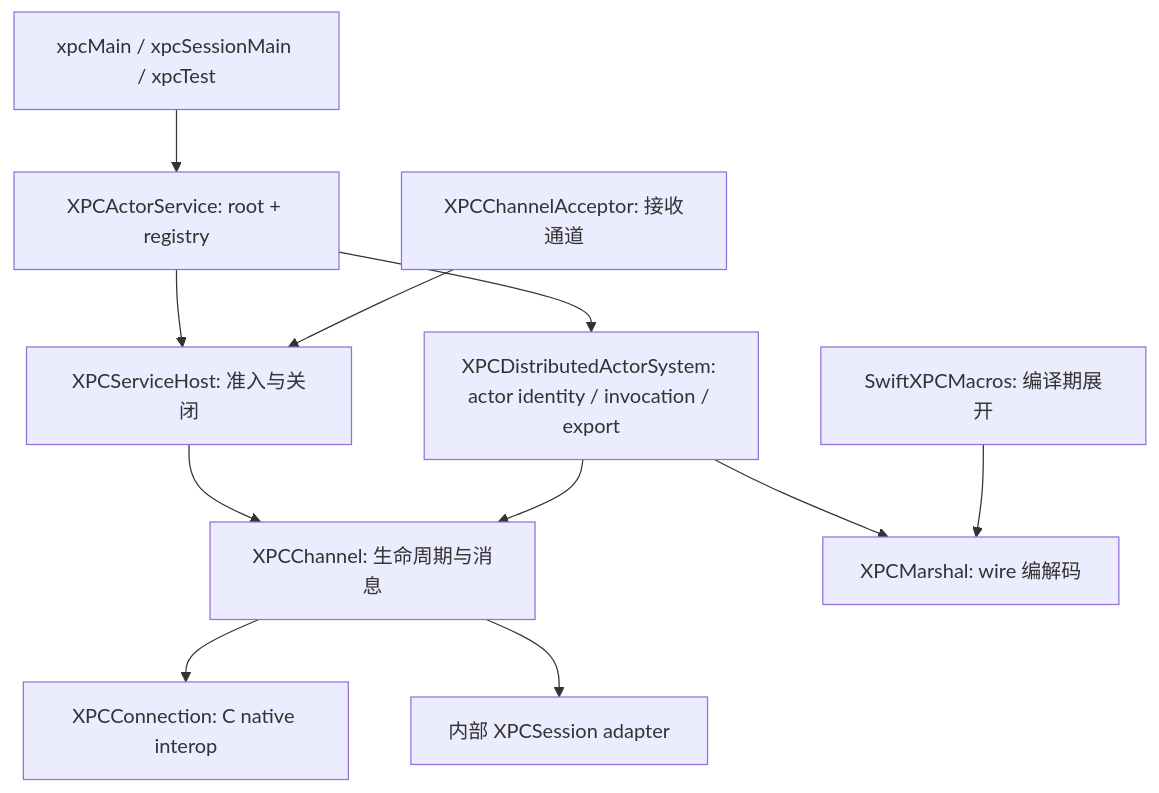
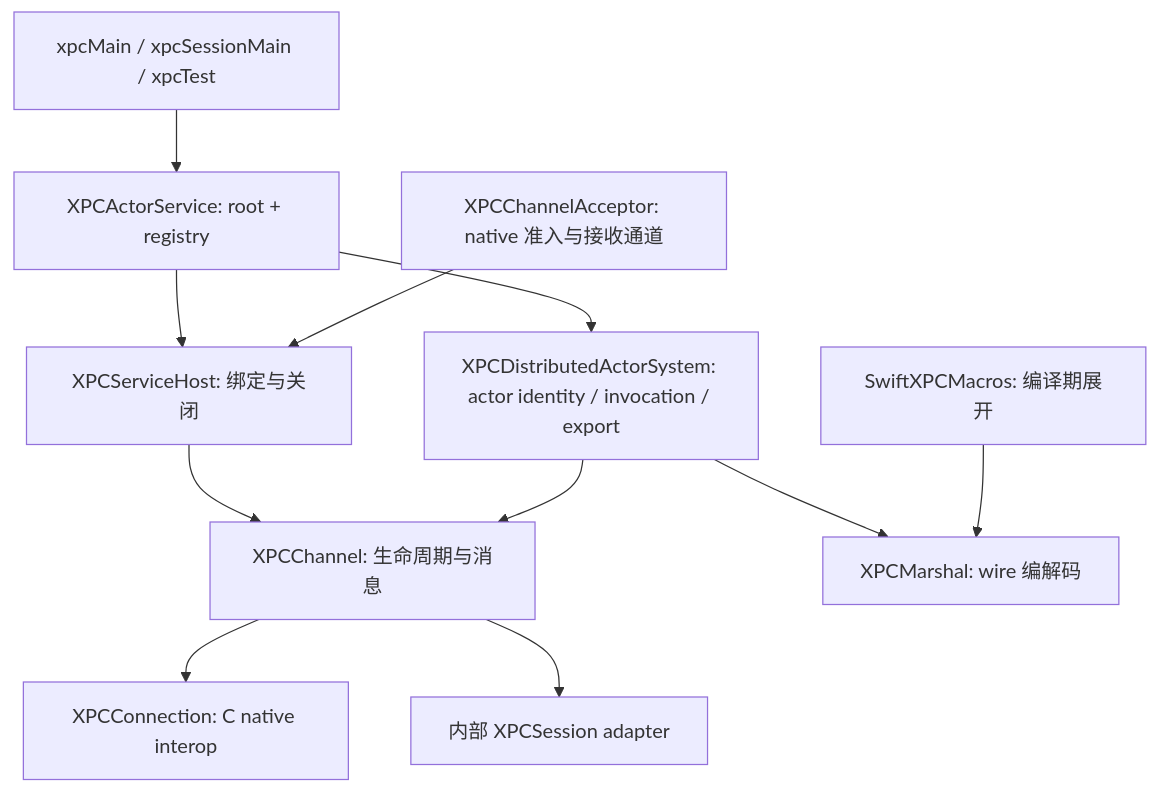
One commit to ghostflyby/SwiftXPC changed the diagram in Docs/DualTransportRefactorModel.md. Above: the diagram before and after it, drawn with Mermaid. The commit also changed other lines of this file and 34 other files, not shown here.

````diff
--- a/Docs/DualTransportRefactorModel.md
+++ b/Docs/DualTransportRefactorModel.md
@@ -29,13 +29,13 @@
 ```mermaid
 flowchart TD
   Entry["xpcMain / xpcSessionMain / xpcTest"] --> Service["XPCActorService: root + registry"]
-  Service --> Host["XPCServiceHost: 准入与关闭"]
+  Service --> Host["XPCServiceHost: 绑定与关闭"]
   Service --> System["XPCDistributedActorSystem: actor identity / invocation / export"]
-  Listener["XPCChannelAcceptor: 接收通道"] --> Host
+  Listener["XPCChannelAcceptor: native 准入与接收通道"] --> Host
   Host --> Channel["XPCChannel: 生命周期与消息"]
   System --> Channel
   System --> Marshal["XPCMarshal: wire 编解码"]
   Channel --> C["XPCConnection: C native interop"]
   Channel --> Session["内部 XPCSession adapter"]
   Macros["SwiftXPCMacros: 编译期展开"] --> Marshal
 ```
````
